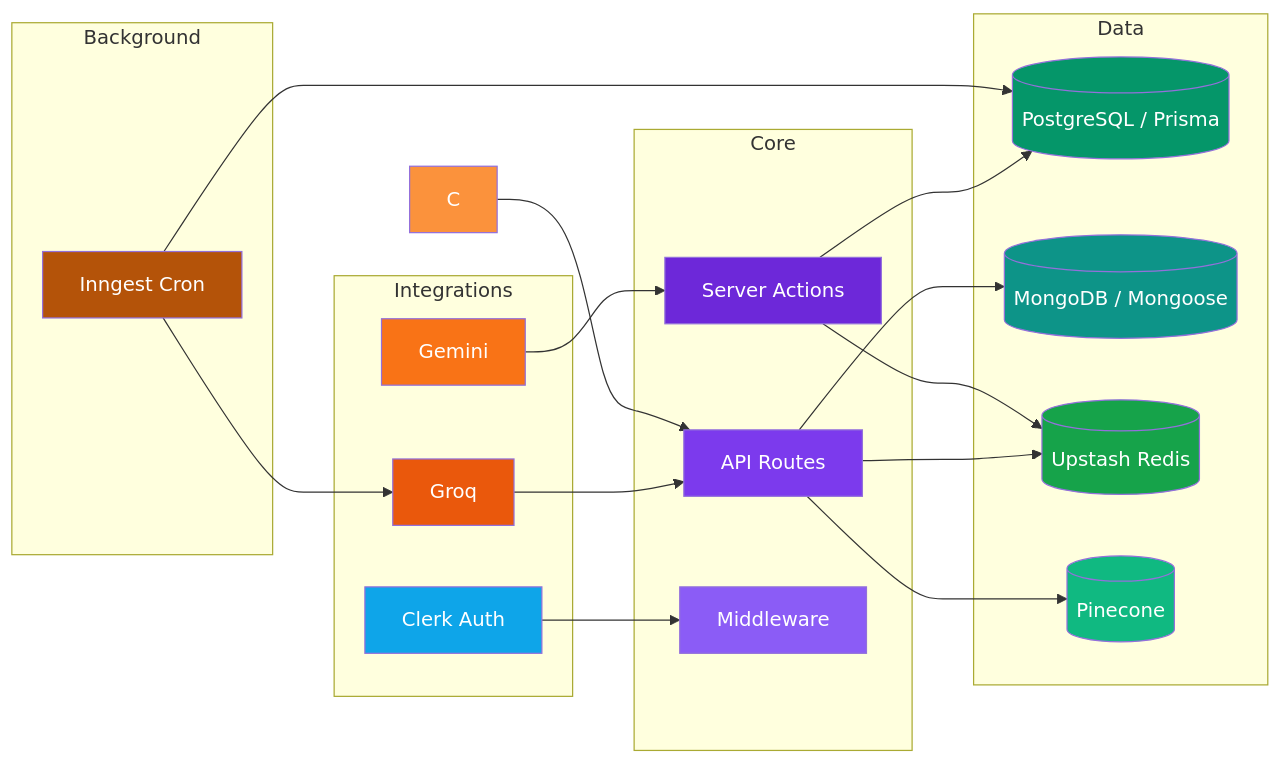
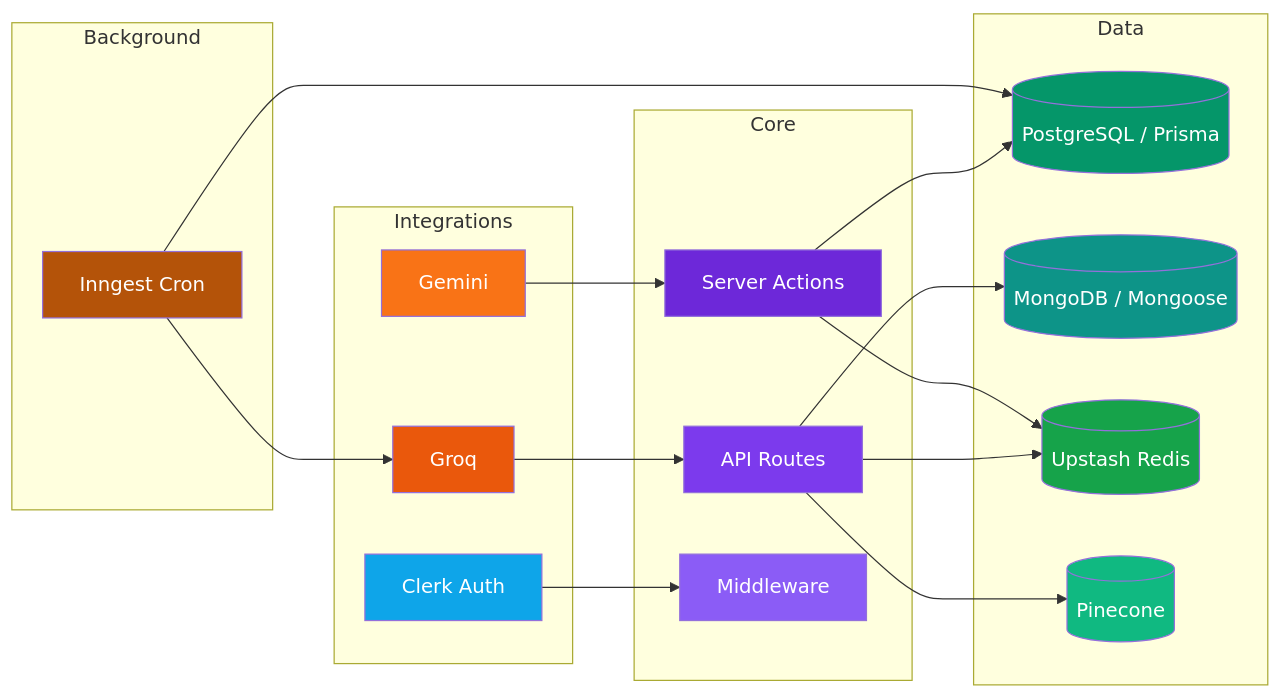
Before and after one commit to Nikita-Saxena391/PrepX: the second of 4 diagrams in README.md, drawn with Mermaid. The commit also changed other lines of this file, not shown here.

````diff
--- a/README.md
+++ b/README.md
@@ -170,64 +171,62 @@
 ```mermaid
 flowchart LR
 
 %% ========== INTEGRATIONS ==========
 subgraph Integrations
 A[Groq]
 B[Gemini]
 D[Clerk Auth]
 end
 
 %% ========== CORE ==========
 subgraph Core
 E[API Routes]
 F[Server Actions]
 G[Middleware]
 end
 
 %% ========== DATA ==========
 subgraph Data
 H[(PostgreSQL / Prisma)]
 I[(MongoDB / Mongoose)]
 J[(Upstash Redis)]
 K[(Pinecone)]
 end
 
 %% ========== BACKGROUND ==========
 subgraph Background
 L[Inngest Cron]
 end
 
 %% ========== CONNECTIONS ==========
 A --> E
 B --> F
-C --> E
 
 D --> G
 
 E --> I
 E --> J
 E --> K
 
 F --> H
 F --> J
 
 L --> H
 L --> A
 
 %% ========== STYLING ==========
 style A fill:#ea580c,color:#fff
 style B fill:#f97316,color:#fff
-style C fill:#fb923c,color:#fff
 style D fill:#0ea5e9,color:#fff
 
 style E fill:#7c3aed,color:#fff
 style F fill:#6d28d9,color:#fff
 style G fill:#8b5cf6,color:#fff
 
 style H fill:#059669,color:#fff
 style I fill:#0d9488,color:#fff
 style J fill:#16a34a,color:#fff
 style K fill:#10b981,color:#fff
 
 style L fill:#b45309,color:#fff
 ```
````
